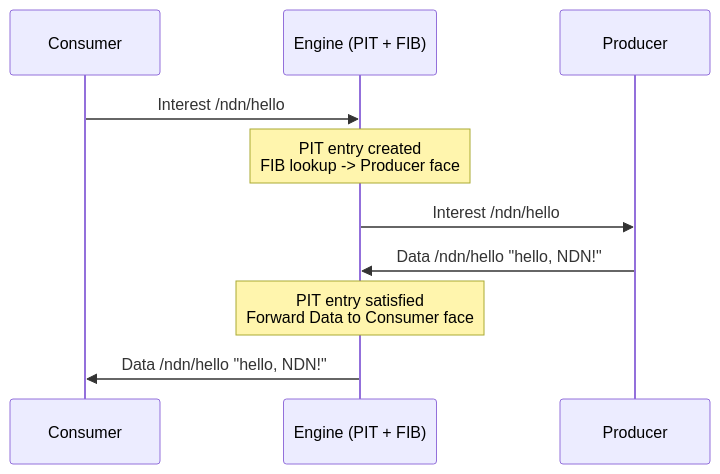
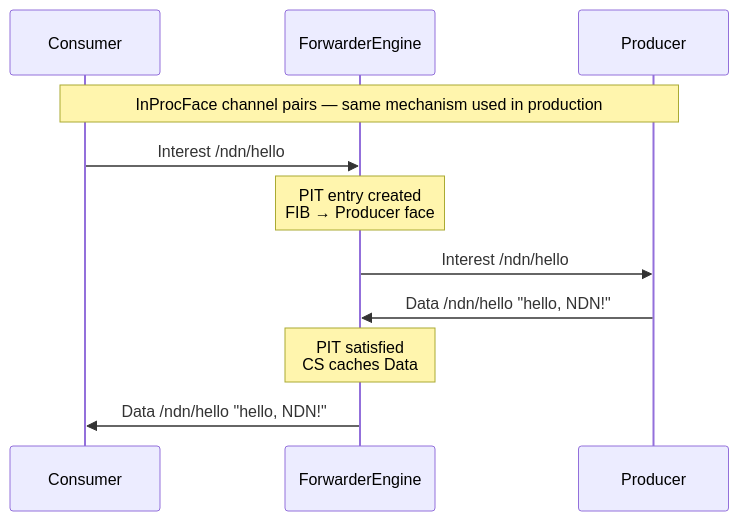
The first of 2 diagrams in docs/wiki/src/getting-started/hello-world.md (Quarmire/ndn-rs), drawn with Mermaid before and after one commit. The commit also changed other lines of this file and 6 other files, not shown here.

````diff
--- a/docs/wiki/src/getting-started/hello-world.md
+++ b/docs/wiki/src/getting-started/hello-world.md
@@ -11,13 +5,15 @@
 ```mermaid
 sequenceDiagram
     participant C as Consumer
-    participant E as Engine (PIT + FIB)
+    participant E as ForwarderEngine
     participant P as Producer
 
+    Note over C,P: InProcFace channel pairs — same mechanism used in production
+
     C->>E: Interest /ndn/hello
-    Note over E: PIT entry created<br/>FIB lookup -> Producer face
+    Note over E: PIT entry created<br/>FIB → Producer face
     E->>P: Interest /ndn/hello
     P->>E: Data /ndn/hello "hello, NDN!"
-    Note over E: PIT entry satisfied<br/>Forward Data to Consumer face
+    Note over E: PIT satisfied<br/>CS caches Data
     E->>C: Data /ndn/hello "hello, NDN!"
 ```
````
